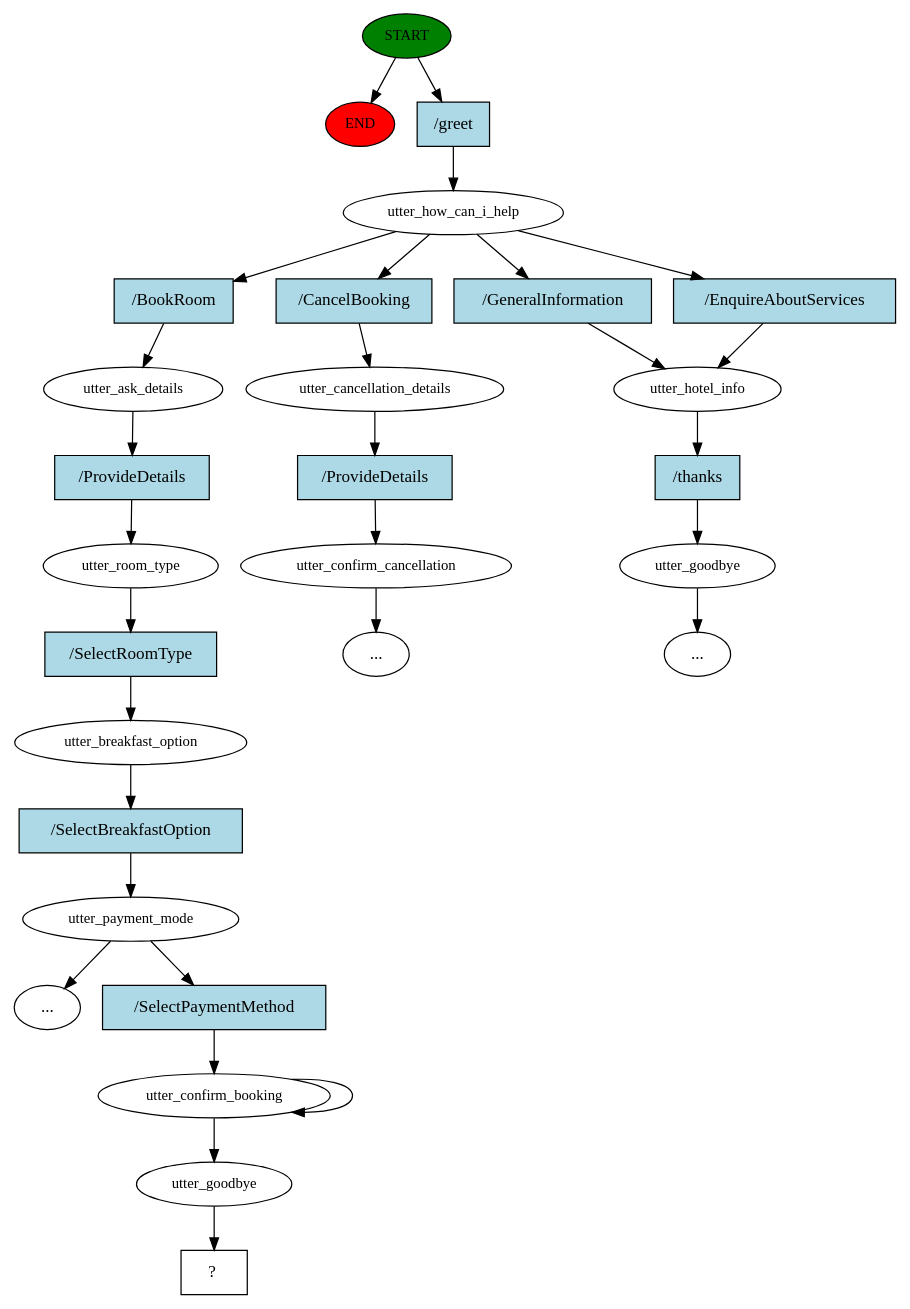
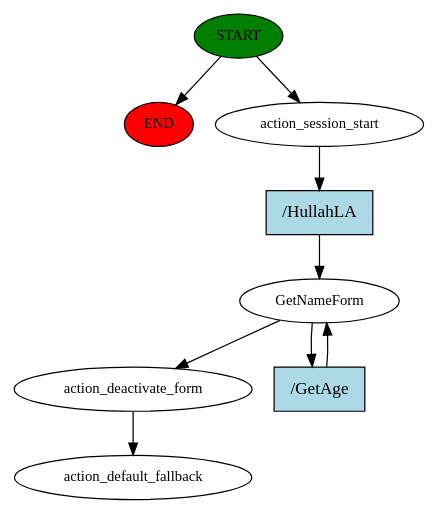
The diagram in story_graph.dot (prachi-77/Hotel_Chatbot), drawn with Graphviz before and after one commit. The commit also changed 9 other files, not shown here.

```diff
--- a/story_graph.dot
+++ b/story_graph.dot
@@ -1,59 +1,18 @@
 digraph  {
 0 [class="start active", fillcolor=green, fontsize=12, label=START, style=filled];
 "-1" [class=end, fillcolor=red, fontsize=12, label=END, style=filled];
-1 [class=active, fontsize=12, label=utter_how_can_i_help];
-2 [class=active, fontsize=12, label=utter_ask_details];
-3 [class=active, fontsize=12, label=utter_room_type];
-4 [class=active, fontsize=12, label=utter_breakfast_option];
-5 [class=active, fontsize=12, label=utter_payment_mode];
-"-3" [class=ellipsis, label="..."];
-7 [class="", fontsize=12, label=utter_cancellation_details];
-8 [class="", fontsize=12, label=utter_confirm_cancellation];
-"-4" [class=ellipsis, label="..."];
-10 [class="", fontsize=12, label=utter_hotel_info];
-11 [class="", fontsize=12, label=utter_goodbye];
-"-6" [class=ellipsis, label="..."];
-20 [class=active, fontsize=12, label=utter_confirm_booking];
-22 [class=active, fontsize=12, label=utter_goodbye];
-23 [class="intent dashed active", label="  ?  ", shape=rect];
-24 [class="intent active", fillcolor=lightblue, label="/greet", shape=rect, style=filled];
-25 [class="intent active", fillcolor=lightblue, label="/BookRoom", shape=rect, style=filled];
-26 [class=intent, fillcolor=lightblue, label="/CancelBooking", shape=rect, style=filled];
-27 [class=intent, fillcolor=lightblue, label="/GeneralInformation", shape=rect, style=filled];
-28 [class=intent, fillcolor=lightblue, label="/EnquireAboutServices", shape=rect, style=filled];
-29 [class="intent active", fillcolor=lightblue, label="/ProvideDetails", shape=rect, style=filled];
-30 [class="intent active", fillcolor=lightblue, label="/SelectRoomType", shape=rect, style=filled];
-31 [class="intent active", fillcolor=lightblue, label="/SelectBreakfastOption", shape=rect, style=filled];
-32 [class="intent active", fillcolor=lightblue, label="/SelectPaymentMethod", shape=rect, style=filled];
-33 [class=intent, fillcolor=lightblue, label="/ProvideDetails", shape=rect, style=filled];
-34 [class=intent, fillcolor=lightblue, label="/thanks", shape=rect, style=filled];
+1 [class=active, fontsize=12, label=action_session_start];
+2 [class=active, fontsize=12, label=GetNameForm];
+4 [class=active, fontsize=12, label=action_deactivate_form];
+5 [class="dashed active", fontsize=12, label=action_default_fallback];
+6 [class="intent active", fillcolor=lightblue, label="/HullahLA", shape=rect, style=filled];
+7 [class="intent active", fillcolor=lightblue, label="/GetAge", shape=rect, style=filled];
 0 -> "-1"  [class="", key=NONE, label=""];
-0 -> 24  [class=active, key=0];
-1 -> 25  [class=active, key=0];
-1 -> 26  [class="", key=0];
-1 -> 27  [class="", key=0];
-1 -> 28  [class="", key=0];
-2 -> 29  [class=active, key=0];
-3 -> 30  [class=active, key=0];
-4 -> 31  [class=active, key=0];
-5 -> "-3"  [class="", key=NONE, label=""];
-5 -> 32  [class=active, key=0];
-7 -> 33  [class="", key=0];
-8 -> "-4"  [class="", key=NONE, label=""];
-10 -> 34  [class="", key=0];
-11 -> "-6"  [class="", key=NONE, label=""];
-20 -> 22  [class=active, key=NONE, label=""];
-20 -> 20  [class=active, key=NONE, label=""];
-22 -> 23  [class=active, key=NONE, label=""];
-24 -> 1  [class=active, key=0];
-25 -> 2  [class=active, key=0];
-26 -> 7  [class="", key=0];
-27 -> 10  [class="", key=0];
-28 -> 10  [class="", key=0];
-29 -> 3  [class=active, key=0];
-30 -> 4  [class=active, key=0];
-31 -> 5  [class=active, key=0];
-32 -> 20  [class=active, key=0];
-33 -> 8  [class="", key=0];
-34 -> 11  [class="", key=0];
+0 -> 1  [class=active, key=NONE, label=""];
+1 -> 6  [class=active, key=0];
+2 -> 4  [class=active, key=NONE, label=""];
+2 -> 7  [class=active, key=0];
+4 -> 5  [class=active, key=NONE, label=""];
+6 -> 2  [class=active, key=0];
+7 -> 2  [class=active, key=0];
 }
```
